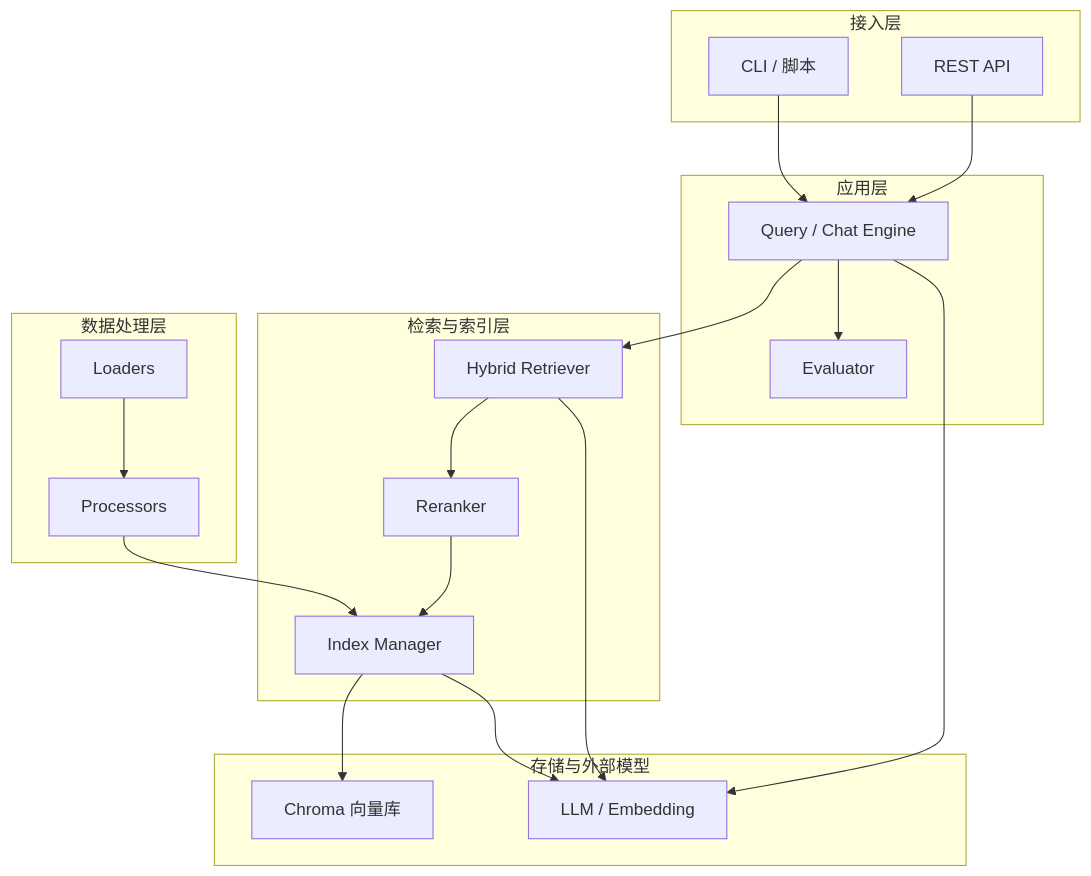
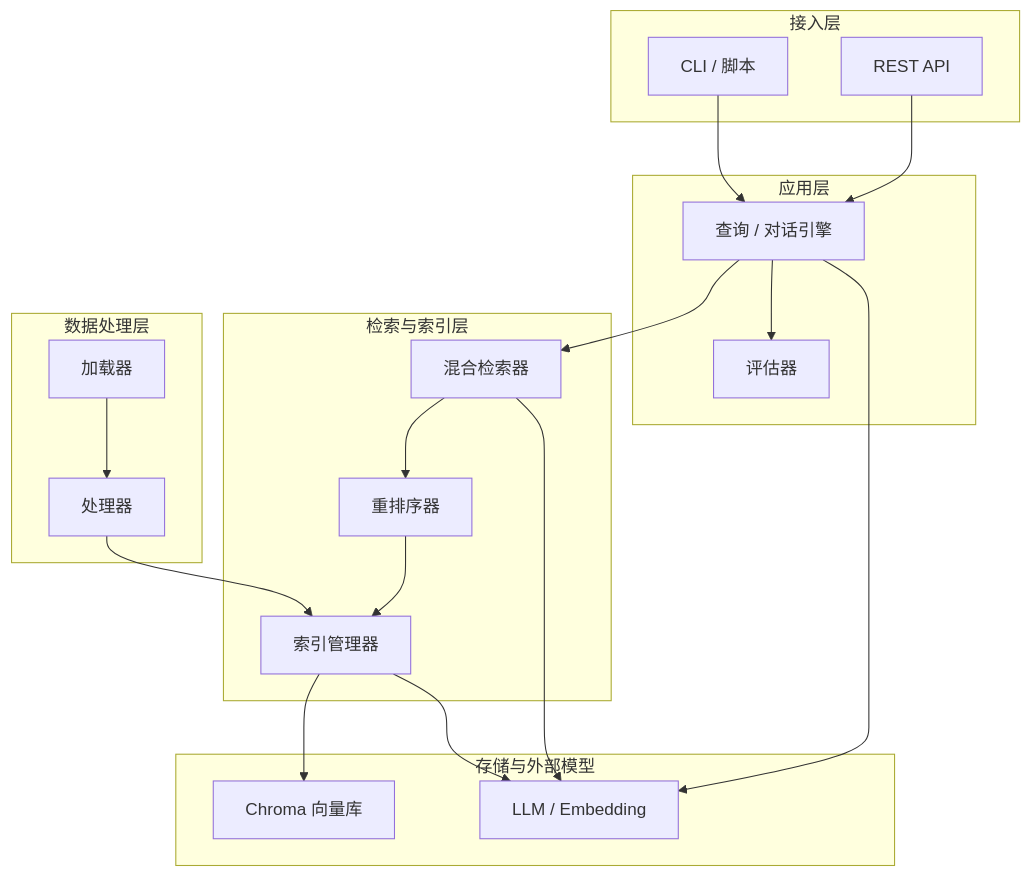
The first of 4 diagrams in README.md (chain-engine/x-llamaindex), drawn with Mermaid before and after one commit. The commit also changed other lines of this file and 2 other files, not shown here.

````diff
--- a/README.md
+++ b/README.md
@@ -102,41 +236,41 @@
 ```mermaid
 flowchart TB
   subgraph 接入层["接入层"]
     CLI["CLI / 脚本"]
     API["REST API"]
   end
 
   subgraph 应用层["应用层"]
-    ENG["Query / Chat Engine"]
-    EV["Evaluator"]
+    ENG["查询 / 对话引擎"]
+    EV["评估器"]
   end
 
   subgraph 检索层["检索与索引层"]
-    HR["Hybrid Retriever"]
-    RR["Reranker"]
-    IM["Index Manager"]
+    HR["混合检索器"]
+    RR["重排序器"]
+    IM["索引管理器"]
   end
 
   subgraph 数据层["数据处理层"]
-    LD["Loaders"]
-    PR["Processors"]
+    LD["加载器"]
+    PR["处理器"]
   end
 
   subgraph 基础设施["存储与外部模型"]
     VS["Chroma 向量库"]
     LLM["LLM / Embedding"]
   end
 
   CLI --> ENG
   API --> ENG
   ENG --> HR
   ENG --> EV
   HR --> RR
   RR --> IM
   LD --> PR
   PR --> IM
   IM --> VS
   IM --> LLM
   ENG --> LLM
   HR --> LLM
 ```
````
